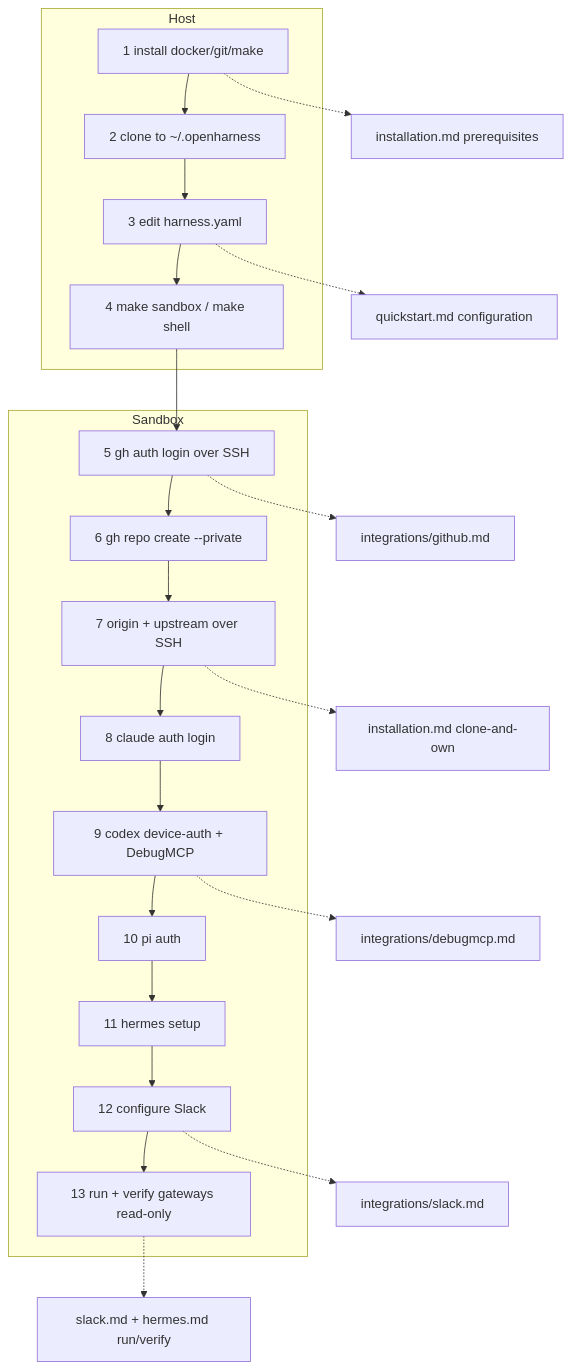
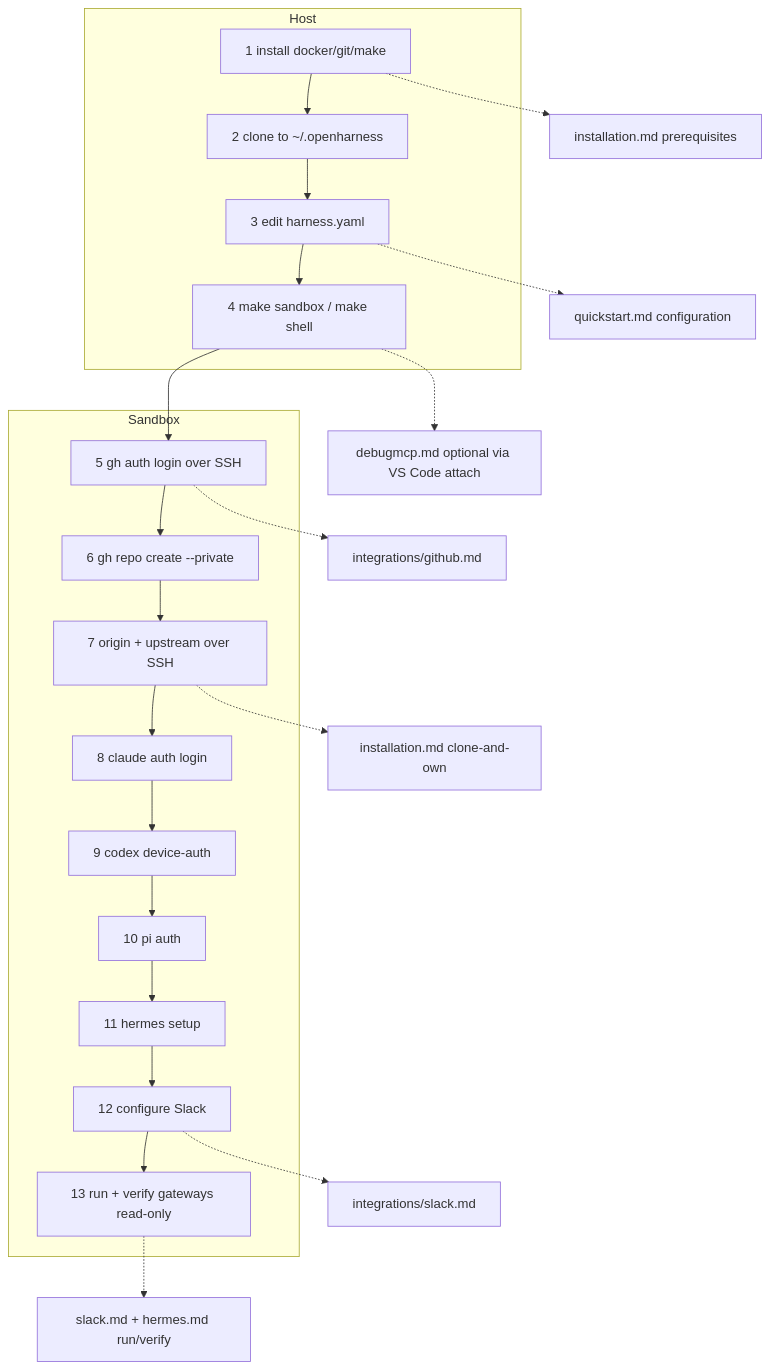
Before and after one commit to mifunedev/openharness: the diagram in .oh/skills/wiki/corpus/fresh-machine-setup.md, drawn with Mermaid. The commit also changed other lines of this file and 4 other files, not shown here.

First line of the commit message:
task: align quickstart with README; reframe DebugMCP as cross-harness

````diff
--- a/.oh/skills/wiki/corpus/fresh-machine-setup.md
+++ b/.oh/skills/wiki/corpus/fresh-machine-setup.md
@@ -69,26 +71,26 @@
 ```mermaid
 flowchart TD
   subgraph Host
     S1[1 install docker/git/make] --> S2[2 clone to ~/.openharness]
     S2 --> S3[3 edit harness.yaml]
     S3 --> S4[4 make sandbox / make shell]
   end
   subgraph Sandbox
     S4 --> S5[5 gh auth login over SSH]
     S5 --> S6[6 gh repo create --private]
     S6 --> S7[7 origin + upstream over SSH]
     S7 --> S8[8 claude auth login]
-    S8 --> S9[9 codex device-auth + DebugMCP]
+    S8 --> S9[9 codex device-auth]
     S9 --> S10[10 pi auth]
     S10 --> S11[11 hermes setup]
     S11 --> S12[12 configure Slack]
     S12 --> S13[13 run + verify gateways read-only]
   end
   S1 -.-> D1[installation.md prerequisites]
   S3 -.-> D2[quickstart.md configuration]
   S5 -.-> D3[integrations/github.md]
   S7 -.-> D4[installation.md clone-and-own]
-  S9 -.-> D6[integrations/debugmcp.md]
+  S4 -.-> D6[debugmcp.md optional via VS Code attach]
   S12 -.-> D7[integrations/slack.md]
   S13 -.-> D8[slack.md + hermes.md run/verify]
 ```
````
